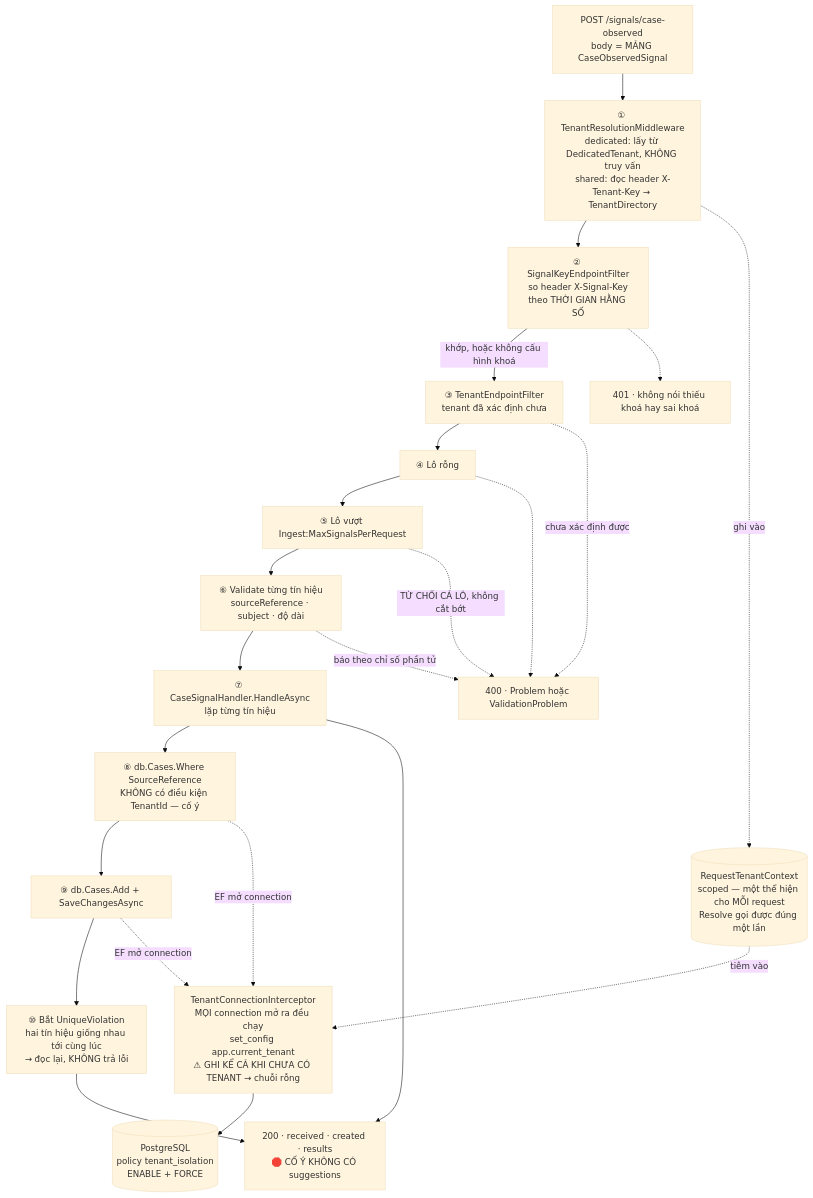
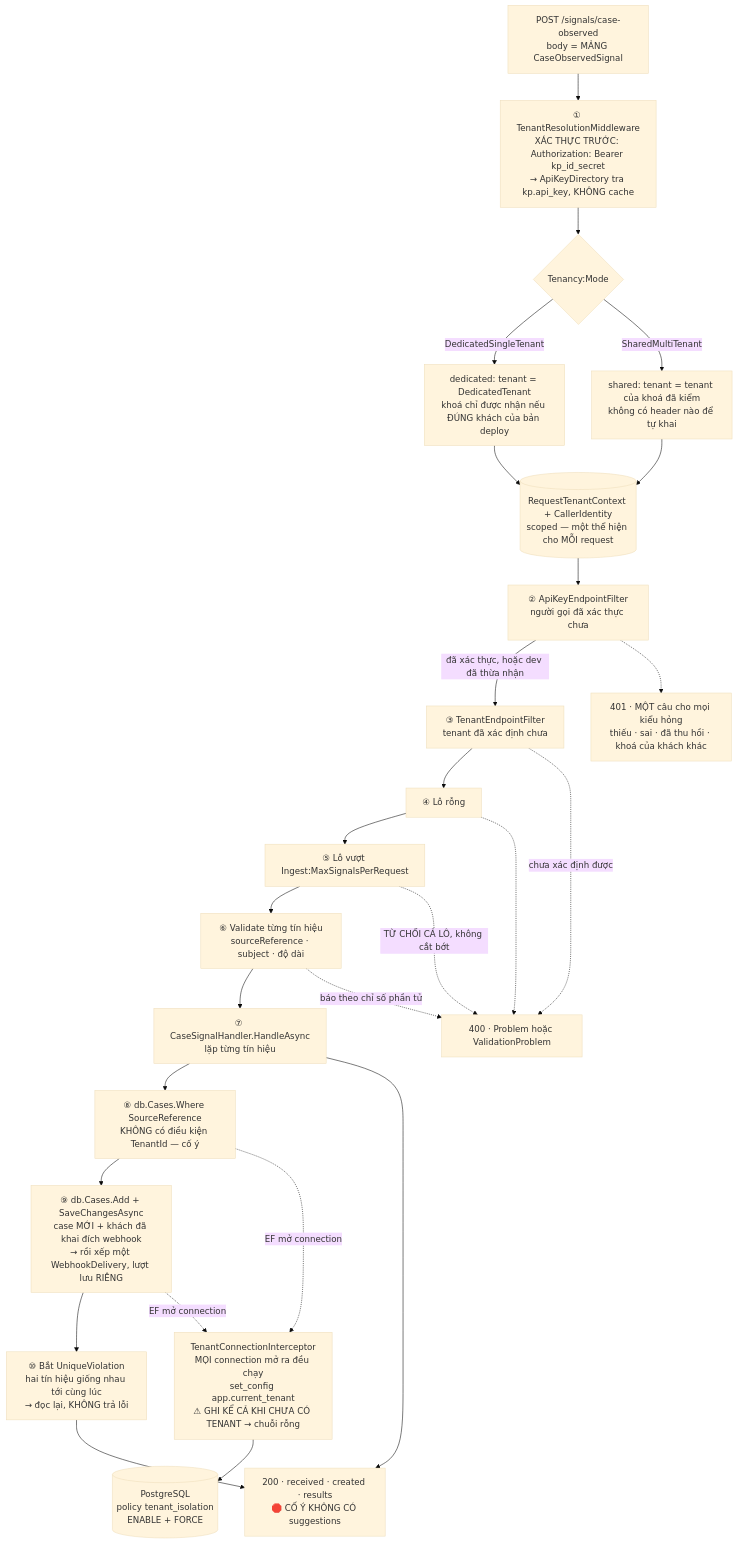
One commit to pvanh2706/ai-operational-platform changed the second of 5 diagrams in docs/08_CODE_MAP.md. Above: the diagram before and after it, drawn with Mermaid (base theme). The commit also changed other lines of this file and 7 other files, not shown here.

First line of the commit message:
P10: tài liệu khớp code — sơ đồ luồng D→J thành ✅, docs/08 vẽ lại, hợp đồng tích hợp thêm ô mới

````diff
--- a/docs/08_CODE_MAP.md
+++ b/docs/08_CODE_MAP.md
@@ -89,46 +117,50 @@
 ```mermaid
 flowchart TD
     R["POST /signals/case-observed<br/>body = MẢNG CaseObservedSignal"]
 
-    MW["① TenantResolutionMiddleware<br/>dedicated: lấy từ DedicatedTenant, KHÔNG truy vấn<br/>shared: đọc header X-Tenant-Key → TenantDirectory"]
-    TC[("RequestTenantContext<br/>scoped — một thể hiện cho MỖI request<br/>Resolve gọi được đúng một lần")]
+    MW["① TenantResolutionMiddleware<br/>XÁC THỰC TRƯỚC: Authorization: Bearer kp_id_secret<br/>→ ApiKeyDirectory tra kp.api_key, KHÔNG cache"]
+    MD{"Tenancy:Mode"}
+    MWa["dedicated: tenant = DedicatedTenant<br/>khoá chỉ được nhận nếu ĐÚNG khách của bản deploy"]
+    MWb["shared: tenant = tenant của khoá đã kiểm<br/>không có header nào để tự khai"]
+    TC[("RequestTenantContext + CallerIdentity<br/>scoped — một thể hiện cho MỖI request")]
 
-    F1["② SignalKeyEndpointFilter<br/>so header X-Signal-Key<br/>theo THỜI GIAN HẰNG SỐ"]
+    F1["② ApiKeyEndpointFilter<br/>người gọi đã xác thực chưa"]
     F2["③ TenantEndpointFilter<br/>tenant đã xác định chưa"]
 
     V1["④ Lô rỗng"]
     V2["⑤ Lô vượt Ingest:MaxSignalsPerRequest"]
     V3["⑥ Validate từng tín hiệu<br/>sourceReference · subject · độ dài"]
 
     H["⑦ CaseSignalHandler.HandleAsync<br/>lặp từng tín hiệu"]
     Q["⑧ db.Cases.Where SourceReference<br/>KHÔNG có điều kiện TenantId — cố ý"]
-    W["⑨ db.Cases.Add + SaveChangesAsync"]
+    W["⑨ db.Cases.Add + SaveChangesAsync<br/>case MỚI + khách đã khai đích webhook<br/>→ rồi xếp một WebhookDelivery, lượt lưu RIÊNG"]
 
     IC["TenantConnectionInterceptor<br/>MỌI connection mở ra đều chạy<br/>set_config app.current_tenant<br/>⚠ GHI KỂ CẢ KHI CHƯA CÓ TENANT → chuỗi rỗng"]
     PG[("PostgreSQL<br/>policy tenant_isolation<br/>ENABLE + FORCE")]
 
     DUP["⑩ Bắt UniqueViolation<br/>hai tín hiệu giống nhau tới cùng lúc<br/>→ đọc lại, KHÔNG trả lỗi"]
     OUT["200 · received · created · results<br/>🛑 CỐ Ý KHÔNG CÓ suggestions"]
 
-    E401["401 · không nói thiếu khoá hay sai khoá"]
+    E401["401 · MỘT câu cho mọi kiểu hỏng<br/>thiếu · sai · đã thu hồi · khoá của khách khác"]
     E400["400 · Problem hoặc ValidationProblem"]
 
-    R --> MW --> F1
-    MW -.->|ghi vào| TC
-    F1 -->|khớp, hoặc không cấu hình khoá| F2
+    R --> MW --> MD
+    MD -->|DedicatedSingleTenant| MWa --> TC
+    MD -->|SharedMultiTenant| MWb --> TC
+    TC --> F1
+    F1 -->|đã xác thực, hoặc dev đã thừa nhận| F2
     F1 -.-> E401
     F2 --> V1
     F2 -.->|chưa xác định được| E400
     V1 --> V2 --> V3 --> H
     V1 -.-> E400
     V2 -.->|TỪ CHỐI CẢ LÔ, không cắt bớt| E400
     V3 -.->|báo theo chỉ số phần tử| E400
     H --> Q --> W
     W --> DUP
     Q -.->|EF mở connection| IC
     W -.->|EF mở connection| IC
     IC --> PG
-    TC -.->|tiêm vào| IC
     DUP --> OUT
     H --> OUT
 ```
````
